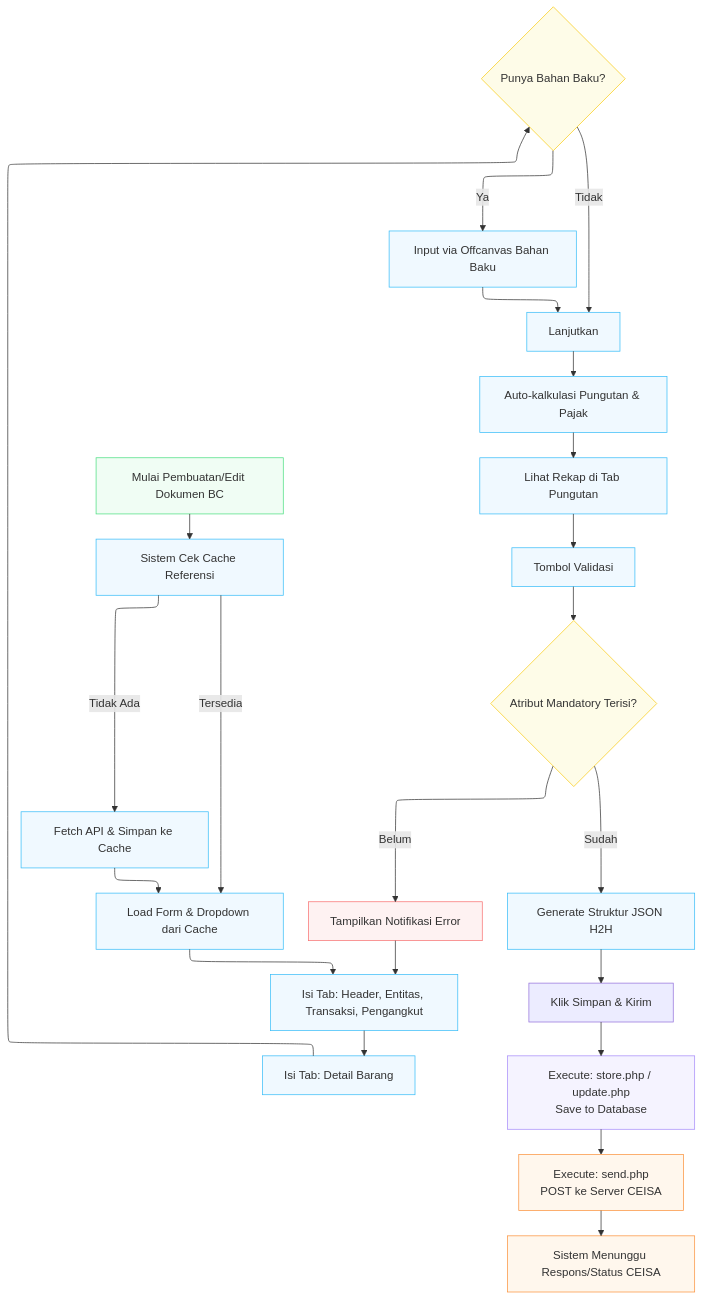
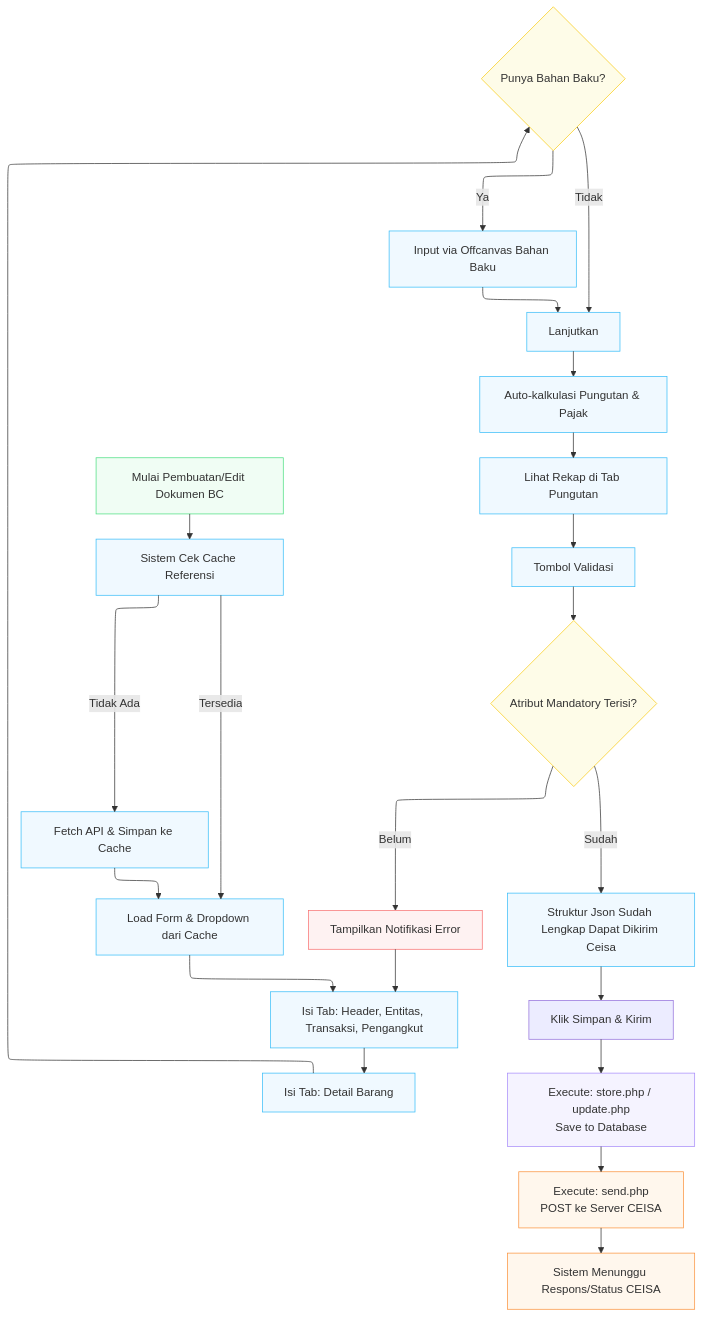
The diagram in README.md (faizakmal08/Faiz.Akmal), drawn with Mermaid before and after one commit. The commit also changed other lines of this file, not shown here.

````diff
--- a/README.md
+++ b/README.md
@@ -94,47 +91,47 @@
 ```mermaid
 ---
 config:
   layout: elk
 ---
 graph TD
     A[Mulai Pembuatan/Edit Dokumen BC] --> B[Sistem Cek Cache Referensi]
     B -->|Tersedia| C[Load Form & Dropdown dari Cache]
     B -->|Tidak Ada| D[Fetch API & Simpan ke Cache]
     D --> C
     
     C --> E[Isi Tab: Header, Entitas, Transaksi, Pengangkut]
     E --> F[Isi Tab: Detail Barang]
     
     F --> G{Punya Bahan Baku?}
     G -->|Ya| H[Input via Offcanvas Bahan Baku]
     G -->|Tidak| I[Lanjutkan]
     H --> I
     
     I --> J[Auto-kalkulasi Pungutan & Pajak]
     J --> K[Lihat Rekap di Tab Pungutan]
     
     K --> L[Tombol Validasi]
     L --> M{Atribut Mandatory Terisi?}
     M -->|Belum| N[Tampilkan Notifikasi Error]
     N --> E
-    M -->|Sudah| O[Generate Struktur JSON H2H]
+    M -->|Sudah| O[Struktur Json Sudah Lengkap Dapat Dikirim Ceisa]
     
     O --> P[Klik Simpan & Kirim]
     P --> Q[Execute: store.php / update.php<br/>Save to Database]
     Q --> R[Execute: send.php<br/>POST ke Server CEISA]
     R --> S[Sistem Menunggu Respons/Status CEISA]
     
     classDef startEnd stroke:#4ade80,fill:#f0fdf4
     classDef process stroke:#38bdf8,fill:#f0f9ff
     classDef decision stroke:#facc15,fill:#fefce8
     classDef error stroke:#f87171,fill:#fef2f2
     classDef database stroke:#a78bfa,fill:#f5f3ff
     classDef external stroke:#fb923c,fill:#fff7ed
     
     class A startEnd
     class B,C,D,E,F,H,I,J,K,L,O process
     class G,M decision
     class N error
     class Q database
     class R,S external
 ```
````
